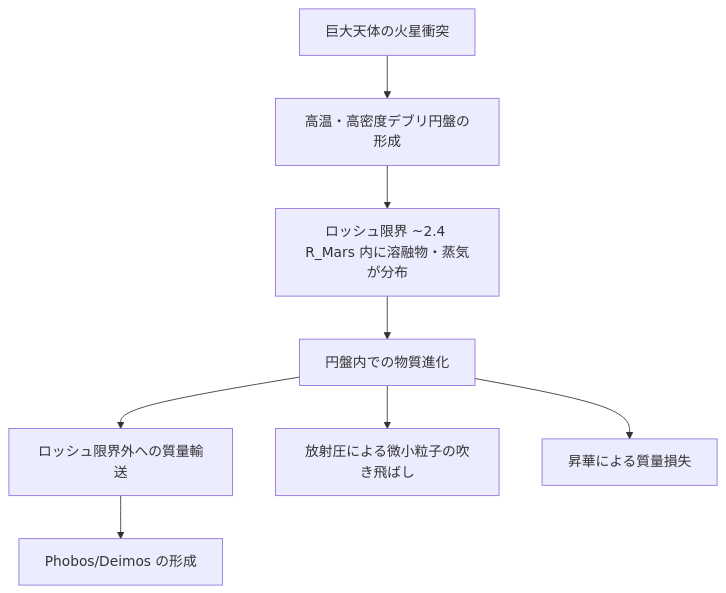
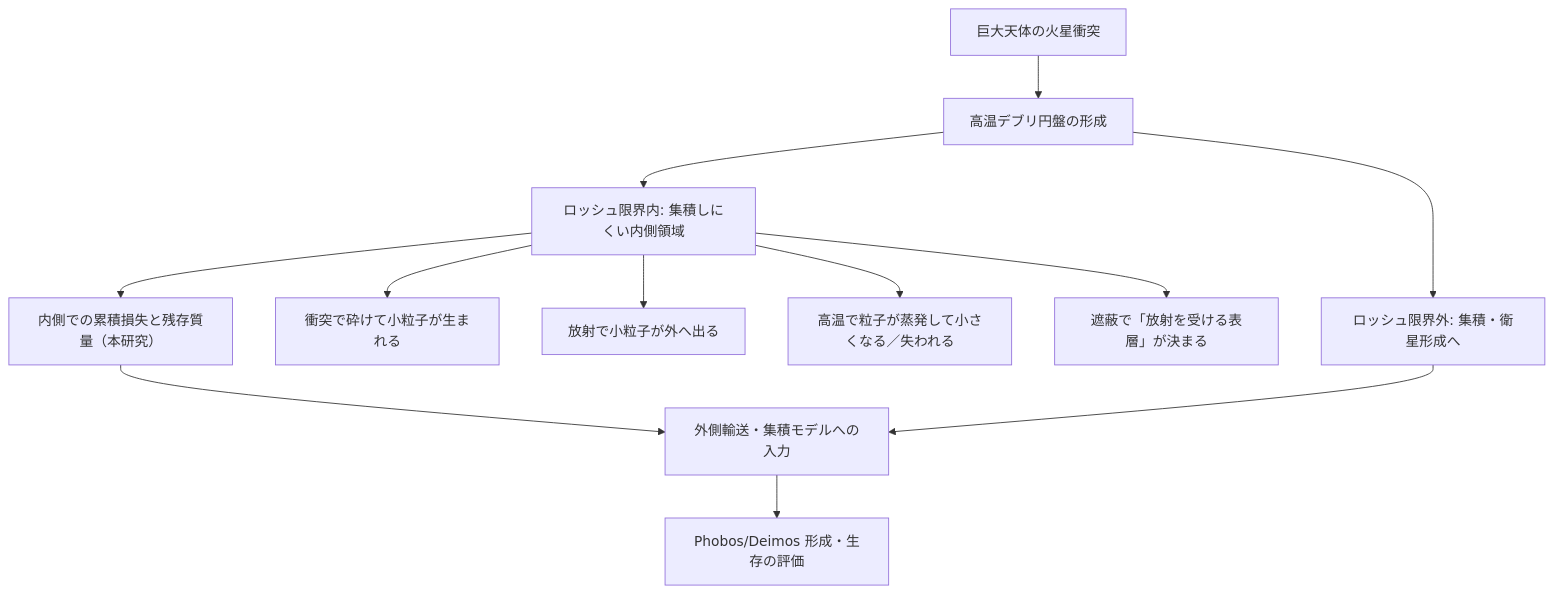
The diagram in analysis/introduction.md (Einfeld686/MarsDiskSimulation), drawn with Mermaid before and after one commit. The commit also changed other lines of this file and 11 other files, not shown here.

````diff
--- a/analysis/introduction.md
+++ b/analysis/introduction.md
@@ -33,10 +42,16 @@
 ```mermaid
 flowchart TD
-    A[巨大天体の火星衝突] --> B[高温・高密度デブリ円盤の形成]
-    B --> C[ロッシュ限界 ~2.4 R_Mars 内に溶融物・蒸気が分布]
-    C --> D[円盤内での物質進化]
-    D --> E1[ロッシュ限界外への質量輸送]
-    D --> E2[放射圧による微小粒子の吹き飛ばし]
-    D --> E3[昇華による質量損失]
-    E1 --> F[Phobos/Deimos の形成]
+    A[巨大天体の火星衝突] --> B[高温デブリ円盤の形成]
+    B --> C[ロッシュ限界内: 集積しにくい内側領域]
+    B --> D[ロッシュ限界外: 集積・衛星形成へ]
+
+    C --> C1[衝突で砕けて小粒子が生まれる]
+    C --> C2[放射で小粒子が外へ出る]
+    C --> C3[高温で粒子が蒸発して小さくなる／失われる]
+    C --> C4[遮蔽で「放射を受ける表層」が決まる]
+    C --> E[内側での累積損失と残存質量（本研究）]
+
+    E --> F[外側輸送・集積モデルへの入力]
+    D --> F
+    F --> G[Phobos/Deimos 形成・生存の評価]
 ```
````
